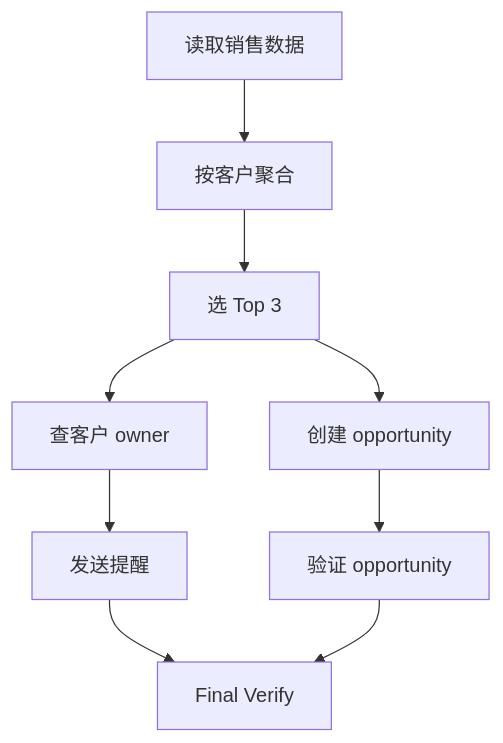
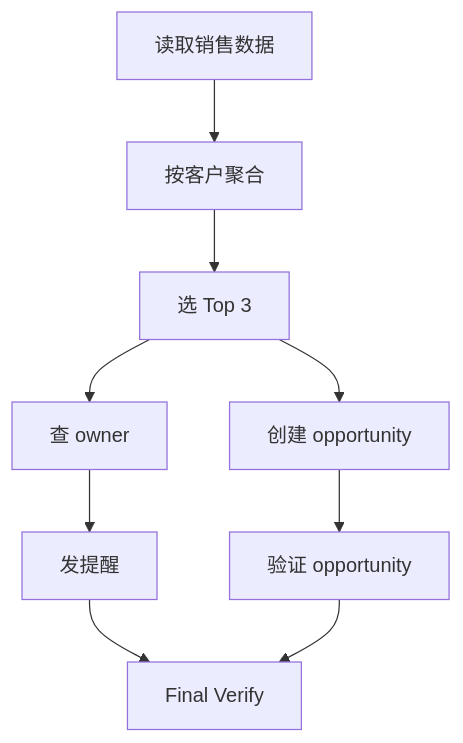
One commit to JiangHui0203/Homework changed the second of 2 diagrams in LLM_Agent_Data/10_Agent_Task_Design.md. Above: the diagram before and after it, drawn with Mermaid. The commit also changed other lines of this file, not shown here.

````diff
--- a/LLM_Agent_Data/10_Agent_Task_Design.md
+++ b/LLM_Agent_Data/10_Agent_Task_Design.md
@@ -801,11 +745,11 @@
 ```mermaid
 flowchart TD
     A[读取销售数据] --> B[按客户聚合]
     B --> C[选 Top 3]
-    C --> D1[查客户 owner]
+    C --> D1[查 owner]
     C --> D2[创建 opportunity]
-    D1 --> E[发送提醒]
+    D1 --> E[发提醒]
     D2 --> F[验证 opportunity]
     E --> G[Final Verify]
     F --> G
 ```
````
